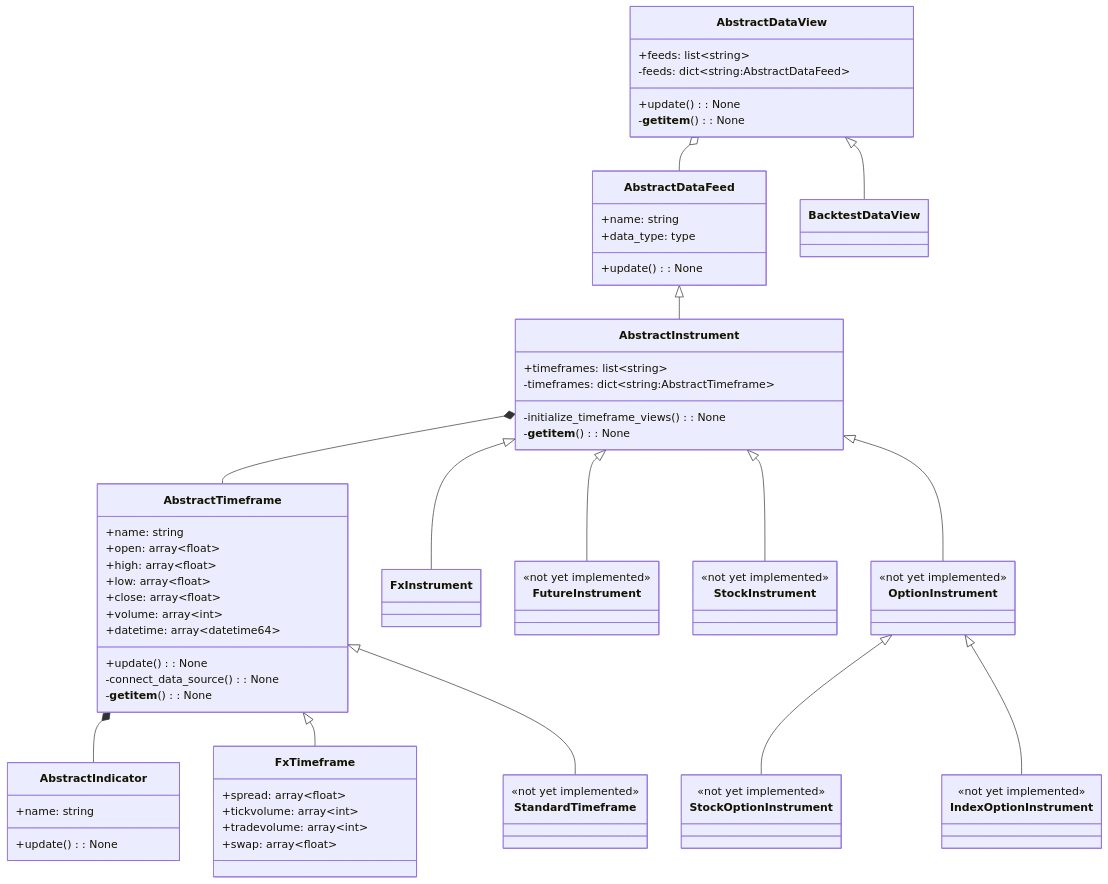
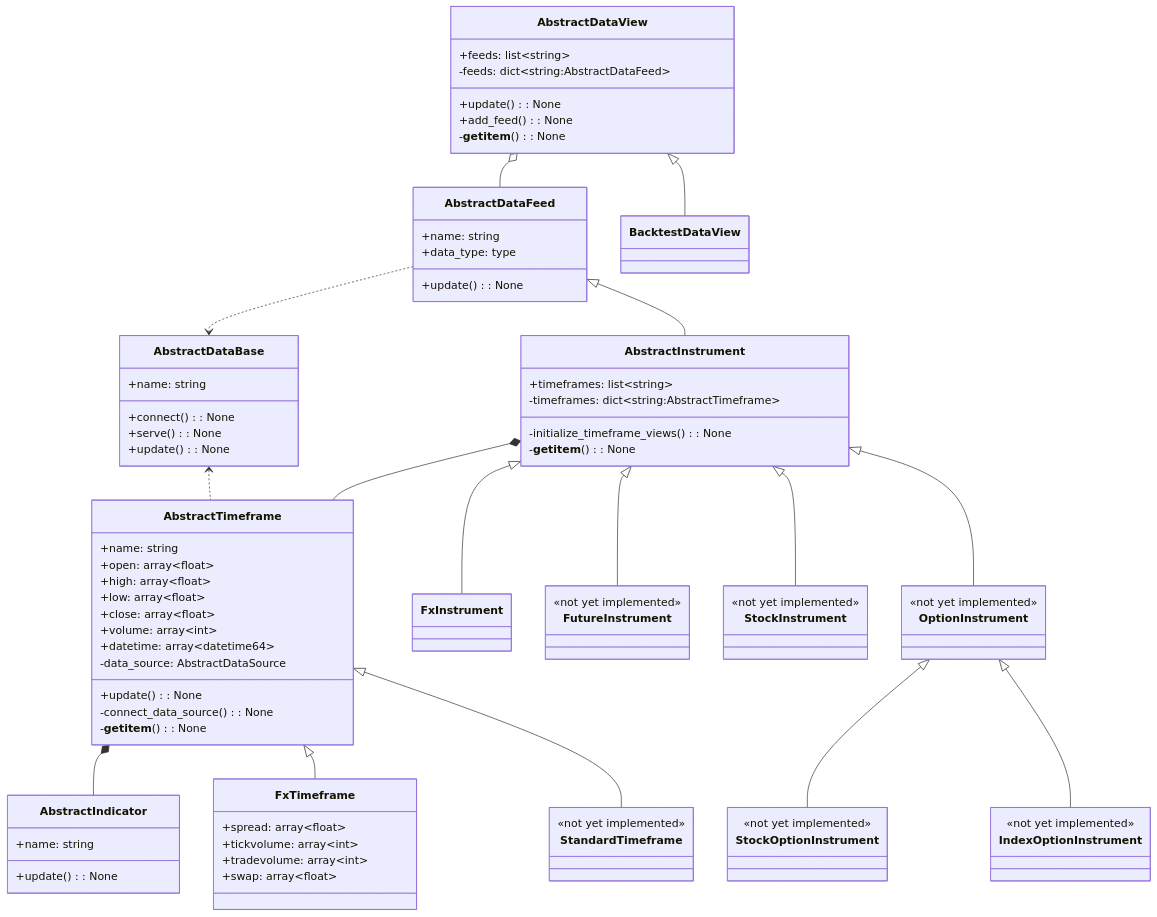
Before and after one commit to ryancardenas/marketresearch: the fifth of 5 diagrams in README.md, drawn with Mermaid.

Commit message:
Add AbstractDataBase to README.md

```diff
--- a/README.md
+++ b/README.md
@@ -81,6 +81,7 @@
         +feeds: list~string~
         -feeds: dict~string:AbstractDataFeed~
         +update(): None
+        +add_feed(): None
         -__getitem__(): None
     }
 
@@ -105,6 +106,7 @@
         +close: array~float~ 
         +volume: array~int~
         +datetime: array~datetime64~
+        -data_source: AbstractDataSource
         +update(): None
         -connect_data_source(): None
         -__getitem__(): None
@@ -112,6 +114,13 @@
 
     class AbstractIndicator{
         +name: string
+        +update(): None
+    }
+
+    class AbstractDataBase{
+        +name: string
+        +connect(): None
+        +serve(): None
         +update(): None
     }
 
@@ -157,6 +166,8 @@
     AbstractDataView <|-- BacktestDataView
     AbstractDataView o-- AbstractDataFeed
     AbstractDataFeed <|-- AbstractInstrument
+    AbstractDataFeed ..> AbstractDataBase
+    AbstractDataBase <.. AbstractTimeframe
     AbstractInstrument *-- AbstractTimeframe
     AbstractTimeframe *-- AbstractIndicator
     AbstractInstrument <|-- OptionInstrument
```
